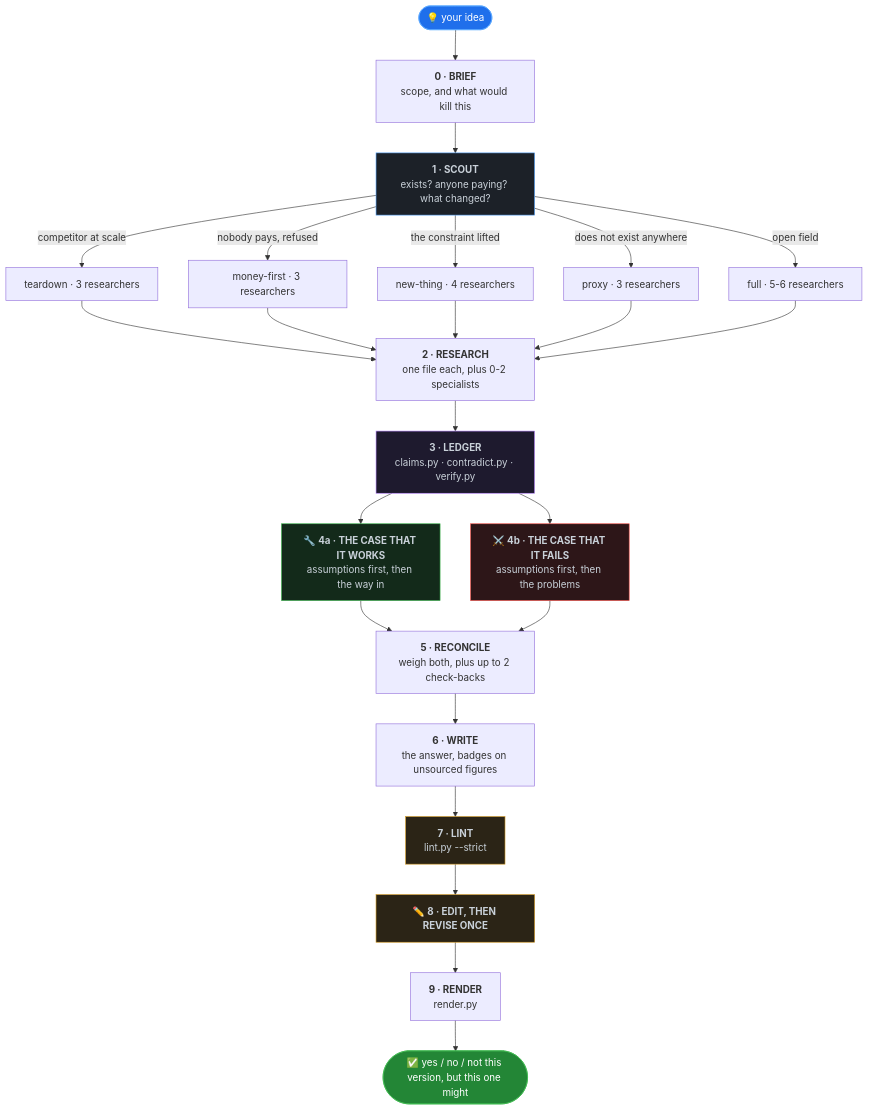
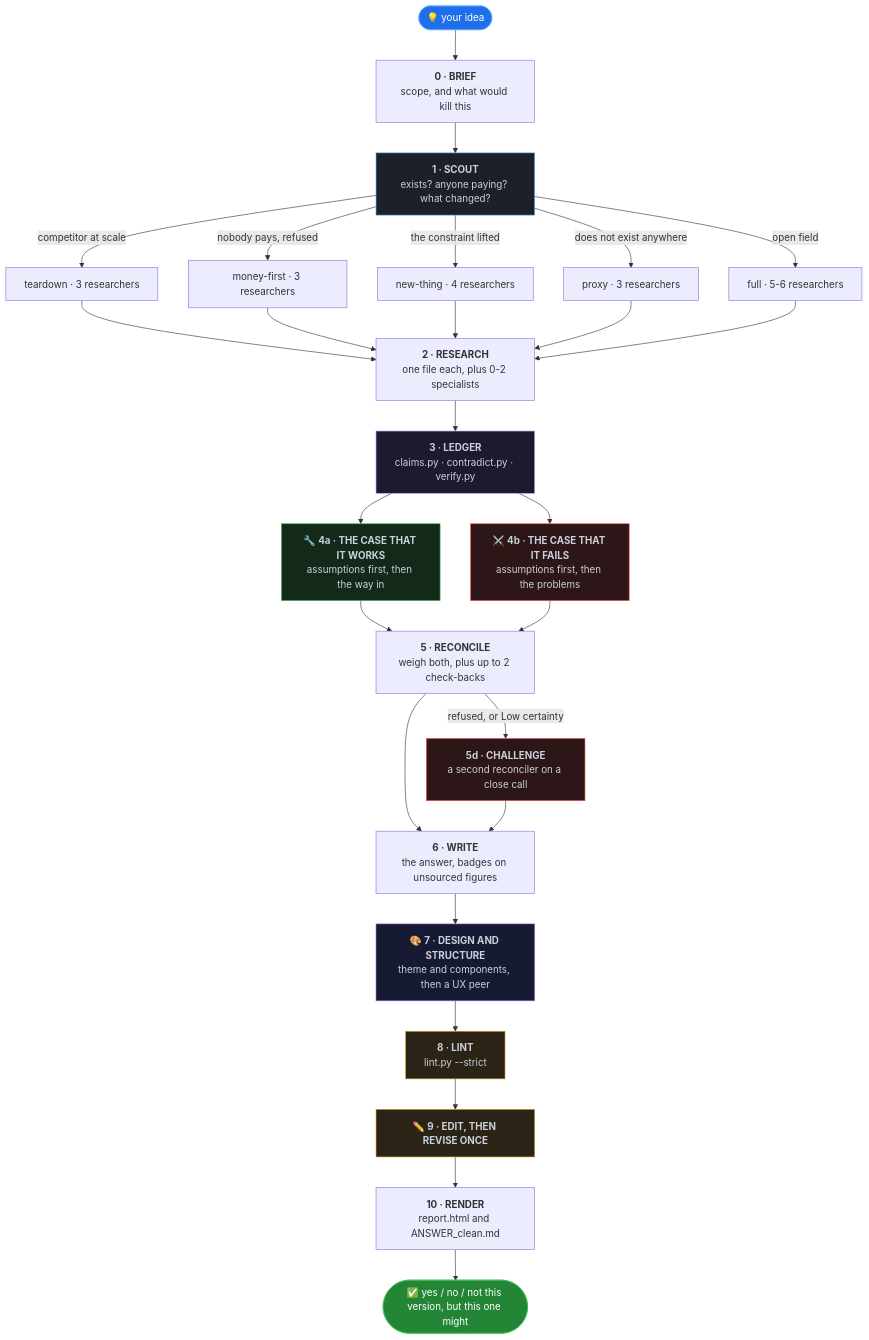
One commit to rishabhrawat35/idea-research changed the diagram in README.md. Above: the diagram before and after it, drawn with Mermaid. The commit also changed other lines of this file and 15 other files, not shown here.

````diff
--- a/README.md
+++ b/README.md
@@ -103,34 +91,39 @@
 ```mermaid
 flowchart TD
     A([💡 your idea]) --> B["<b>0 · BRIEF</b><br/>scope, and what would kill this"]
     B --> C["<b>1 · SCOUT</b><br/>exists? anyone paying? what changed?"]
     C -->|competitor at scale| D1[teardown · 3 researchers]
     C -->|nobody pays, refused| D2[money-first · 3 researchers]
     C -->|the constraint lifted| D3[new-thing · 4 researchers]
     C -->|does not exist anywhere| D4[proxy · 3 researchers]
     C -->|open field| D5[full · 5-6 researchers]
     D1 --> E["<b>2 · RESEARCH</b><br/>one file each, plus 0-2 specialists"]
     D2 --> E
     D3 --> E
     D4 --> E
     D5 --> E
     E --> L["<b>3 · LEDGER</b><br/>claims.py · contradict.py · verify.py"]
     L --> F1["🔧 <b>4a · THE CASE THAT IT WORKS</b><br/>assumptions first, then the way in"]
     L --> F2["⚔️ <b>4b · THE CASE THAT IT FAILS</b><br/>assumptions first, then the problems"]
     F1 --> R["<b>5 · RECONCILE</b><br/>weigh both, plus up to 2 check-backs"]
     F2 --> R
+    R -->|refused, or Low certainty| RC["<b>5d · CHALLENGE</b><br/>a second reconciler on a close call"]
     R --> W["<b>6 · WRITE</b><br/>the answer, badges on unsourced figures"]
-    W --> LT["<b>7 · LINT</b><br/>lint.py --strict"]
-    LT --> ED["✏️ <b>8 · EDIT, THEN REVISE ONCE</b>"]
-    ED --> RD["<b>9 · RENDER</b><br/>render.py"]
+    RC --> W
+    W --> DS["🎨 <b>7 · DESIGN AND STRUCTURE</b><br/>theme and components, then a UX peer"]
+    DS --> LT["<b>8 · LINT</b><br/>lint.py --strict"]
+    LT --> ED["✏️ <b>9 · EDIT, THEN REVISE ONCE</b>"]
+    ED --> RD["<b>10 · RENDER</b><br/>report.html and ANSWER_clean.md"]
     RD --> K([✅ yes / no / not this version, but this one might])
 
     style A fill:#1f6feb,stroke:#58a6ff,color:#fff
     style K fill:#238636,stroke:#3fb950,color:#fff
     style C fill:#1c2128,stroke:#58a6ff,color:#c9d1d9
     style L fill:#1e1a2e,stroke:#bc8cff,color:#c9d1d9
     style F1 fill:#132a1a,stroke:#3fb950,color:#c9d1d9
     style F2 fill:#2d1618,stroke:#f85149,color:#c9d1d9
+    style RC fill:#2d1618,stroke:#f85149,color:#c9d1d9
+    style DS fill:#161b33,stroke:#8a63d2,color:#c9d1d9
     style LT fill:#2b2416,stroke:#d29922,color:#c9d1d9
     style ED fill:#2b2416,stroke:#d29922,color:#c9d1d9
 ```
````
